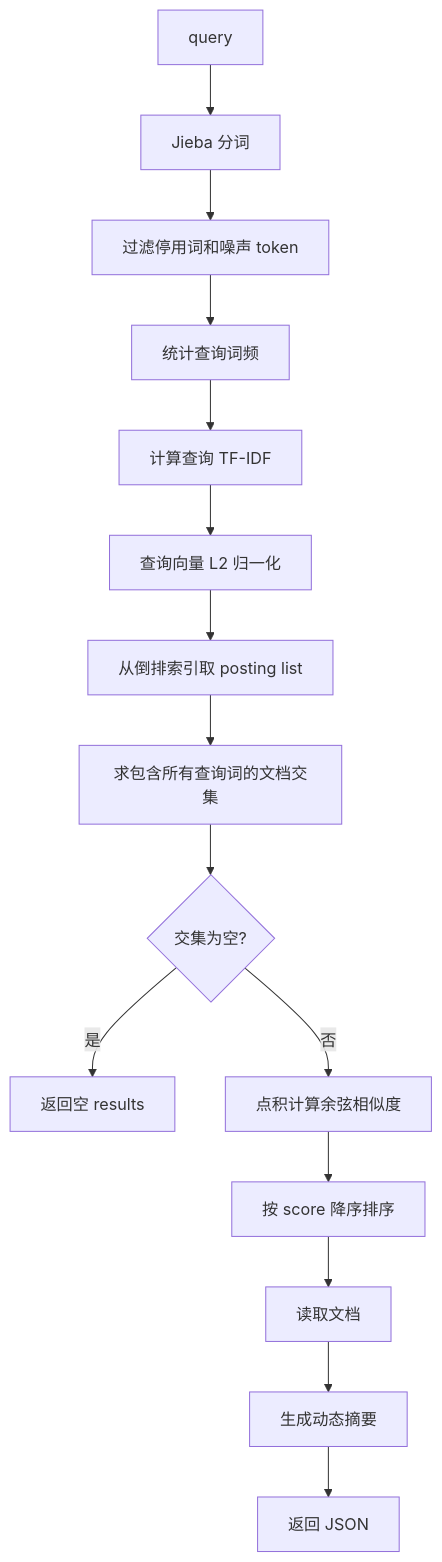
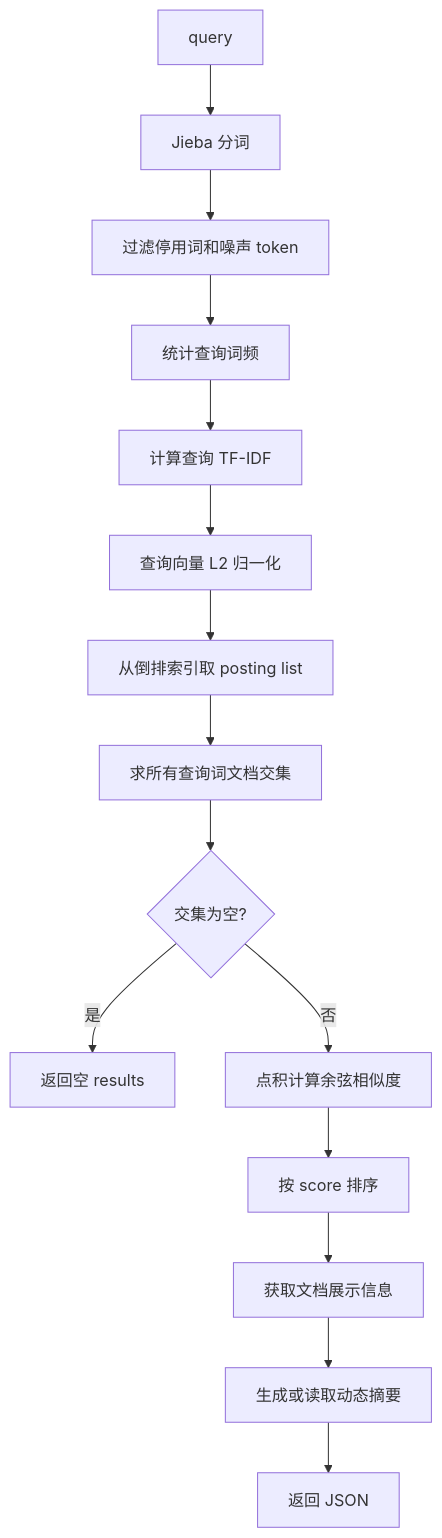
Before and after one commit to dijk4tra/Cpp_Advanced: the ninth of 11 diagrams in 课件/07_搜索引擎项目/03_SearchEngine_V3/README.md, drawn with Mermaid. The commit also changed other lines of this file and 80 other files, not shown here.

````diff
--- a/课件/07_搜索引擎项目/03_SearchEngine_V3/README.md
+++ b/课件/07_搜索引擎项目/03_SearchEngine_V3/README.md
@@ -650,17 +764,17 @@
 ```mermaid
 flowchart TD
     A[query] --> B[Jieba 分词]
     B --> C[过滤停用词和噪声 token]
     C --> D[统计查询词频]
     D --> E[计算查询 TF-IDF]
     E --> F[查询向量 L2 归一化]
     F --> G[从倒排索引取 posting list]
-    G --> H[求包含所有查询词的文档交集]
+    G --> H[求所有查询词文档交集]
     H --> I{交集为空?}
     I -- 是 --> R[返回空 results]
     I -- 否 --> J[点积计算余弦相似度]
-    J --> K[按 score 降序排序]
-    K --> L[读取文档]
-    L --> M[生成动态摘要]
+    J --> K[按 score 排序]
+    K --> L[获取文档展示信息]
+    L --> M[生成或读取动态摘要]
     M --> N[返回 JSON]
 ```
````
